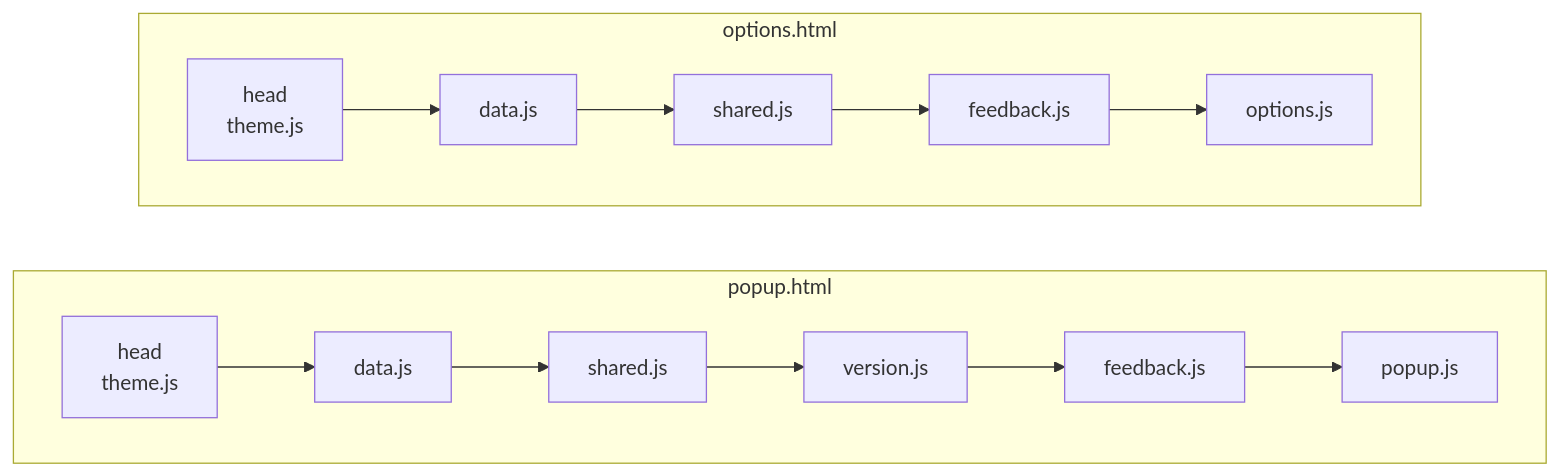
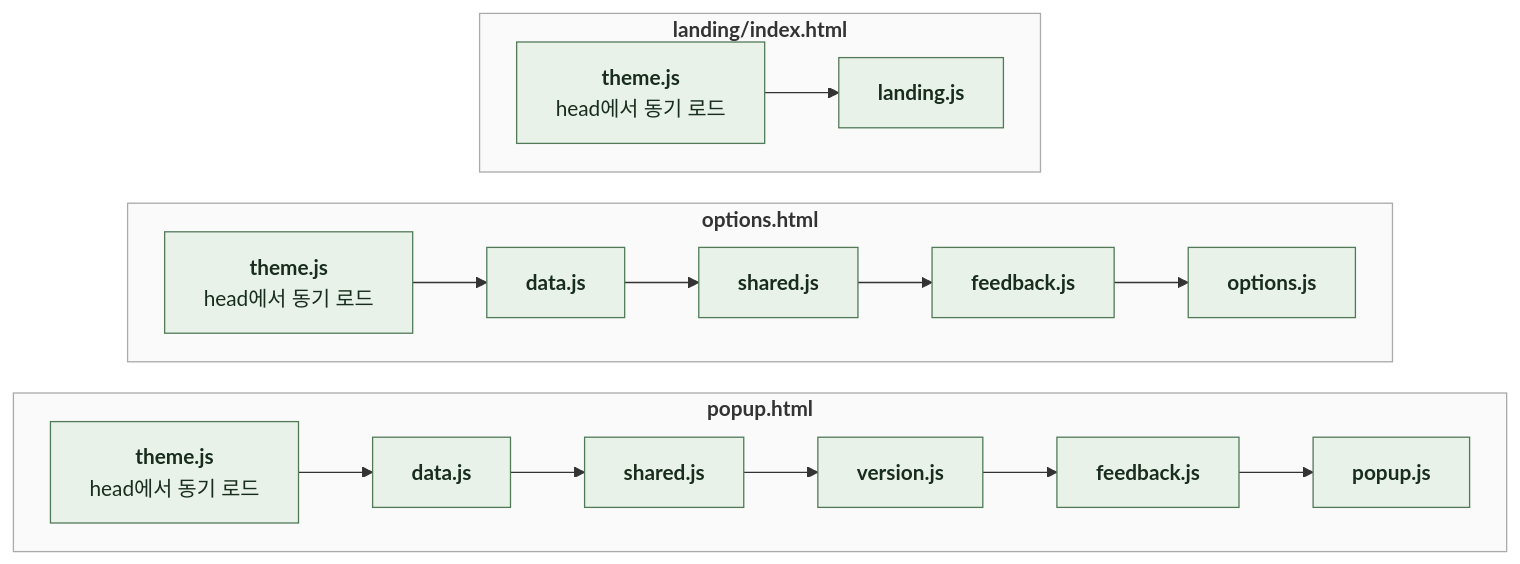
The diagram in docs/spec/4-4-SOFTWARE-ARCHITECTURE.md (kangkyunghyun/LinKHU), drawn with Mermaid before and after one commit. The commit also changed other lines of this file and 24 other files, not shown here.

````diff
--- a/docs/spec/4-4-SOFTWARE-ARCHITECTURE.md
+++ b/docs/spec/4-4-SOFTWARE-ARCHITECTURE.md
@@ -27,11 +35,24 @@
 ```mermaid
+%%{init: {"flowchart": {"curve": "basis", "nodeSpacing": 24, "rankSpacing": 32}}}%%
 flowchart LR
-    subgraph P["popup.html"]
+    subgraph P["`**popup.html**`"]
         direction LR
-        P0["head<br>theme.js"] --> P1["data.js"] --> P2["shared.js"] --> P3["version.js"] --> P4["feedback.js"] --> P5["popup.js"]
+        P0["`**theme.js**
+head에서 동기 로드`"] --> P1["`**data.js**`"] --> P2["`**shared.js**`"] --> P3["`**version.js**`"] --> P4["`**feedback.js**`"] --> P5["`**popup.js**`"]
     end
-    subgraph O["options.html"]
+    subgraph O["`**options.html**`"]
         direction LR
-        O0["head<br>theme.js"] --> O1["data.js"] --> O2["shared.js"] --> O3["feedback.js"] --> O4["options.js"]
+        O0["`**theme.js**
+head에서 동기 로드`"] --> O1["`**data.js**`"] --> O2["`**shared.js**`"] --> O3["`**feedback.js**`"] --> O4["`**options.js**`"]
     end
+    subgraph L["`**landing/index.html**`"]
+        direction LR
+        L0["`**theme.js**
+head에서 동기 로드`"] --> L1["`**landing.js**`"]
+    end
+    classDef comp fill:#E8F2E8,stroke:#527A59,color:#182D1D
+    class P0,P1,P2,P3,P4,P5,O0,O1,O2,O3,O4,L0,L1 comp
+    style P fill:#FAFAFA,stroke:#AAAAAA
+    style O fill:#FAFAFA,stroke:#AAAAAA
+    style L fill:#FAFAFA,stroke:#AAAAAA
 ```
````
